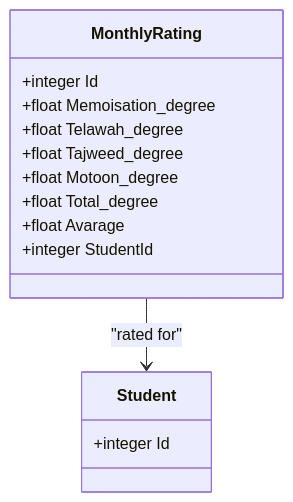
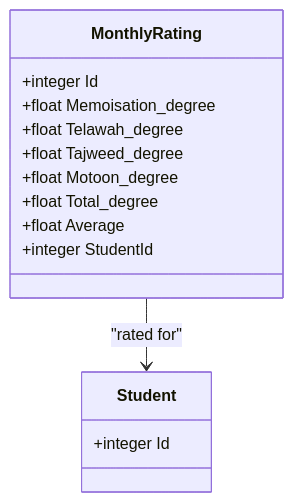
The eighth of 11 diagrams in .qoder/repowiki/en/content/Feature Modules/Feature Modules.md (Mreng78/khirocom_project), drawn with Mermaid before and after one commit. The commit also changed other lines of this file and 10 other files, not shown here.

````diff
--- a/.qoder/repowiki/en/content/Feature Modules/Feature Modules.md
+++ b/.qoder/repowiki/en/content/Feature Modules/Feature Modules.md
@@ -363,17 +390,17 @@
 ```mermaid
 classDiagram
 class MonthlyRating {
 +integer Id
 +float Memoisation_degree
 +float Telawah_degree
 +float Tajweed_degree
 +float Motoon_degree
 +float Total_degree
-+float Avarage
++float Average
 +integer StudentId
 }
 class Student {
 +integer Id
 }
 MonthlyRating --> Student : "rated for"
 ```
````
